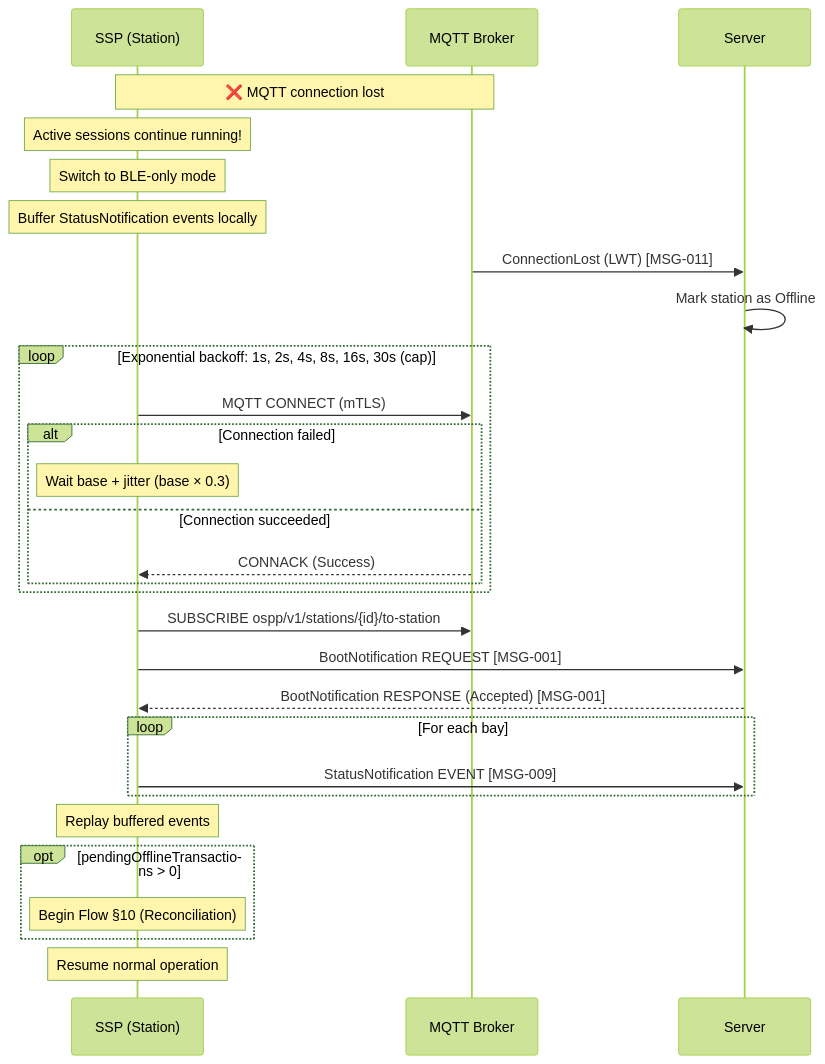
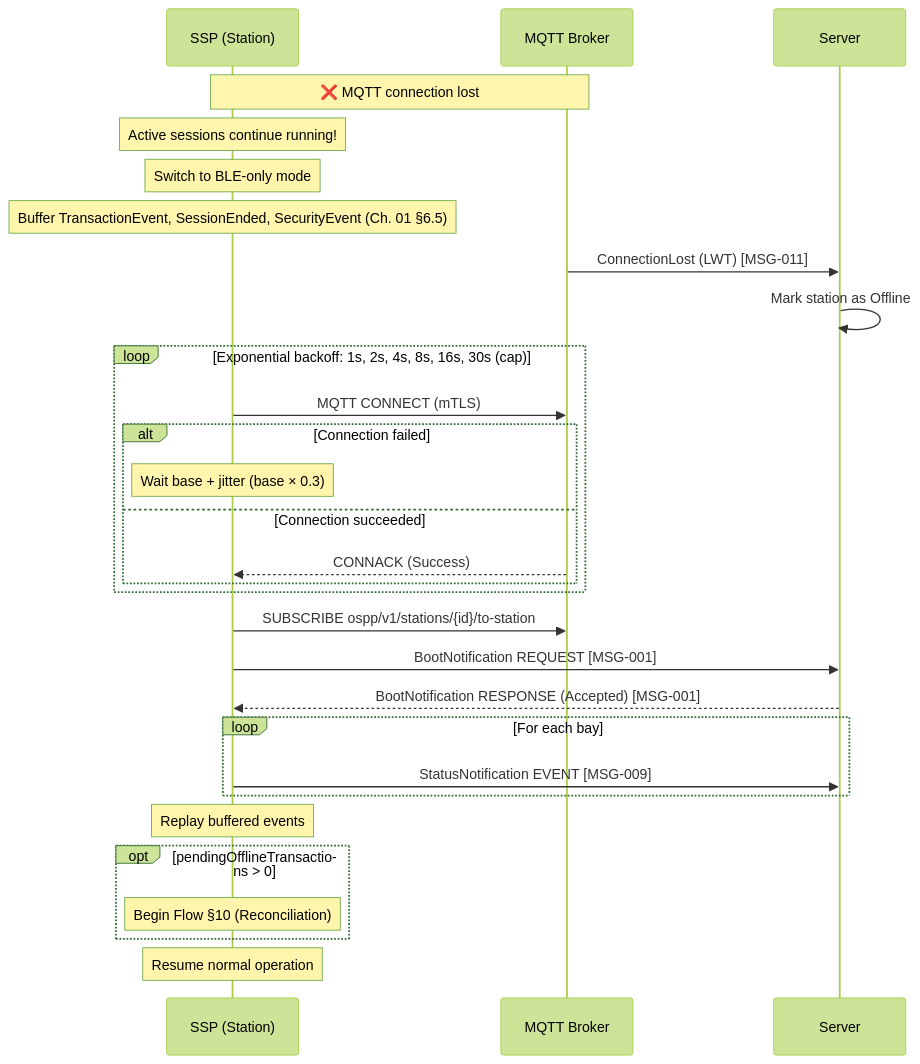
Diagram 11 of 19 in spec/04-flows.md (ospp-org/spec), drawn with Mermaid (forest theme) before and after one commit. The commit also changed other lines of this file and 12 other files, not shown here.

````diff
--- a/spec/04-flows.md
+++ b/spec/04-flows.md
@@ -1346,40 +1346,40 @@
 ```mermaid
 sequenceDiagram
     participant SSP as SSP (Station)
     participant Broker as MQTT Broker
     participant Server
 
     Note over SSP,Broker: ❌ MQTT connection lost
 
     Note over SSP: Active sessions continue running!
     Note over SSP: Switch to BLE-only mode
-    Note over SSP: Buffer StatusNotification events locally
+    Note over SSP: Buffer TransactionEvent, SessionEnded, SecurityEvent (Ch. 01 §6.5)
 
     Broker->>Server: ConnectionLost (LWT) [MSG-011]
     Server->>Server: Mark station as Offline
 
     loop Exponential backoff: 1s, 2s, 4s, 8s, 16s, 30s (cap)
         SSP->>Broker: MQTT CONNECT (mTLS)
         alt Connection failed
             Note over SSP: Wait base + jitter (base × 0.3)
         else Connection succeeded
             Broker-->>SSP: CONNACK (Success)
         end
     end
 
     SSP->>Broker: SUBSCRIBE ospp/v1/stations/{id}/to-station
     SSP->>Server: BootNotification REQUEST [MSG-001]
     Server-->>SSP: BootNotification RESPONSE (Accepted) [MSG-001]
 
     loop For each bay
         SSP->>Server: StatusNotification EVENT [MSG-009]
     end
 
     Note over SSP: Replay buffered events
 
     opt pendingOfflineTransactions > 0
         Note over SSP: Begin Flow §10 (Reconciliation)
     end
 
     Note over SSP: Resume normal operation
 ```
````
